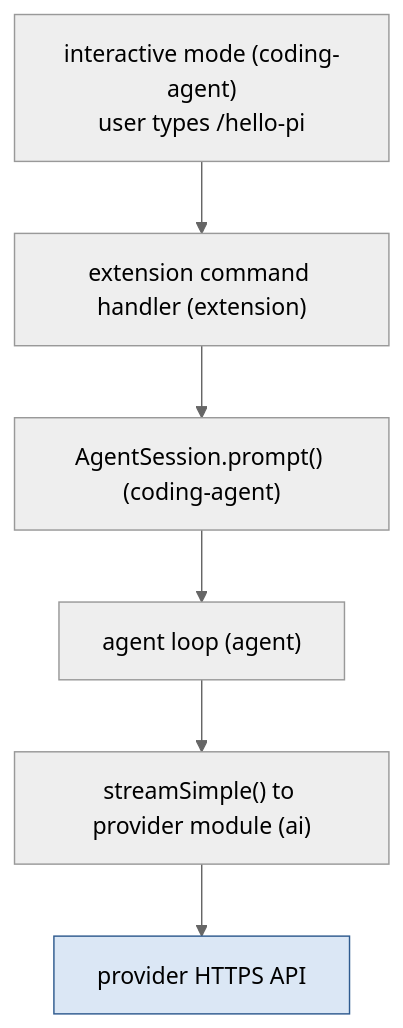
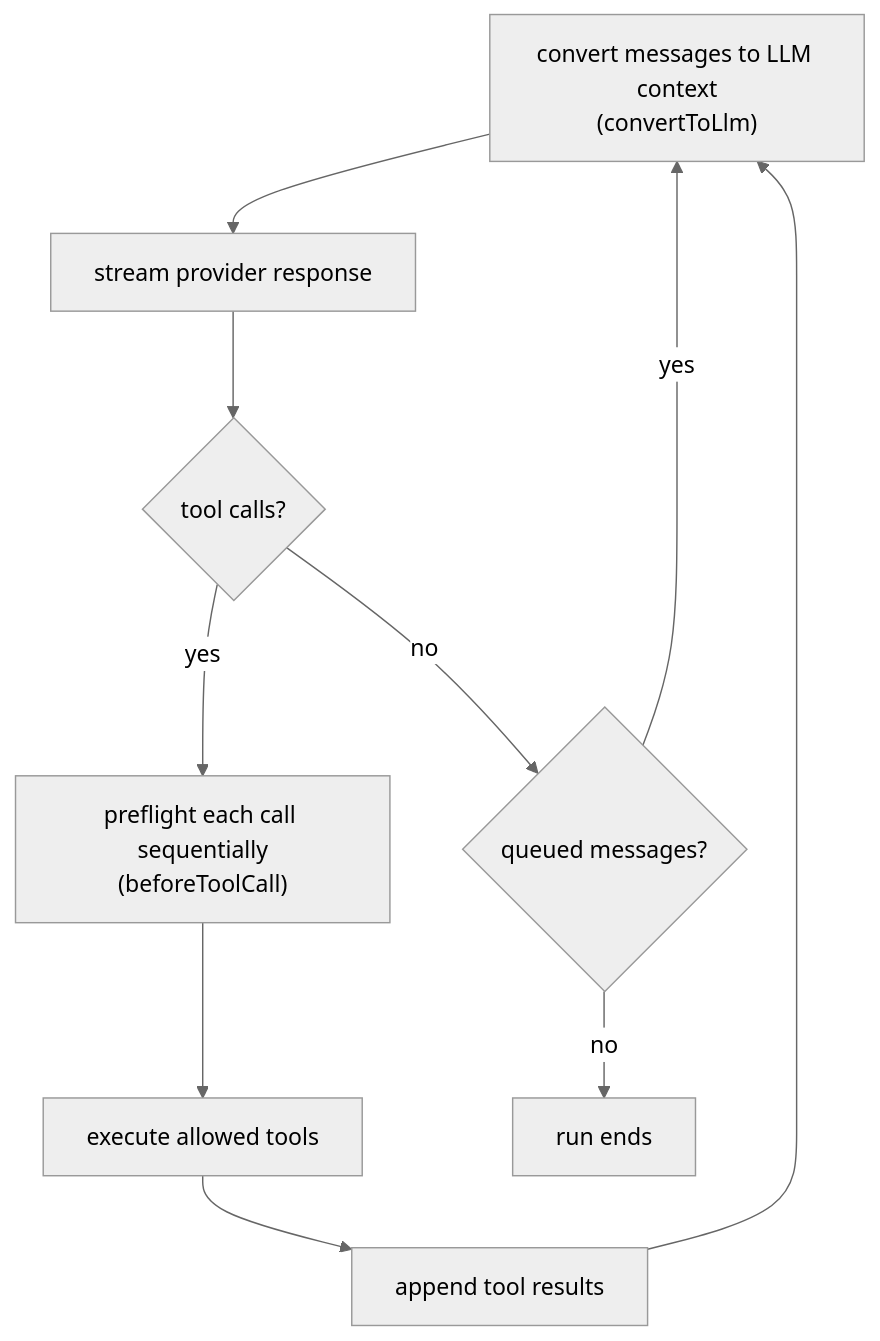
The fourth of 6 diagrams in developer-guide/05-architecture-for-extensions.qmd (lukechen526/pi), drawn with Mermaid (neutral theme) before and after one commit. The commit also changed other lines of this file and 6 other files, not shown here.

Commit message:
docs(coding-agent): fix developer guide PDF layouts

````diff
--- a/developer-guide/05-architecture-for-extensions.qmd
+++ b/developer-guide/05-architecture-for-extensions.qmd
@@ -157,13 +345,13 @@
 ```{mermaid}
-%%| label: fig-hello-pi-trace
-%%| fig-cap: "The /hello-pi trace. Each arrow crosses a package boundary; only the last one leaves the process."
+%%| label: fig-agent-loop
+%%| fig-cap: "One pass through the agent loop. The loop repeats until the model stops requesting tools and no queued steering or follow-up messages remain."
 flowchart TD
-  IM["interactive mode (coding-agent)<br/>user types /hello-pi"]
-  CMD["extension command handler (extension)"]
-  SES["AgentSession.prompt() (coding-agent)"]
-  LOOP["agent loop (agent)"]
-  SS["streamSimple() to provider module (ai)"]
-  HTTP["provider HTTPS API"]:::prov
-  IM --> CMD --> SES --> LOOP --> SS --> HTTP
-  classDef prov fill:#dbe7f5,stroke:#2f5b8f,color:#000000
+  P["convert messages to LLM context<br/>(convertToLlm)"] --> S["stream provider response"]
+  S --> TC{"tool calls?"}
+  TC -->|"yes"| PF["preflight each call sequentially<br/>(beforeToolCall)"]
+  PF --> EX["execute allowed tools"]
+  EX --> R["append tool results"] --> P
+  TC -->|"no"| Q{"queued messages?"}
+  Q -->|"yes"| P
+  Q -->|"no"| DONE["run ends"]
 ```
````
